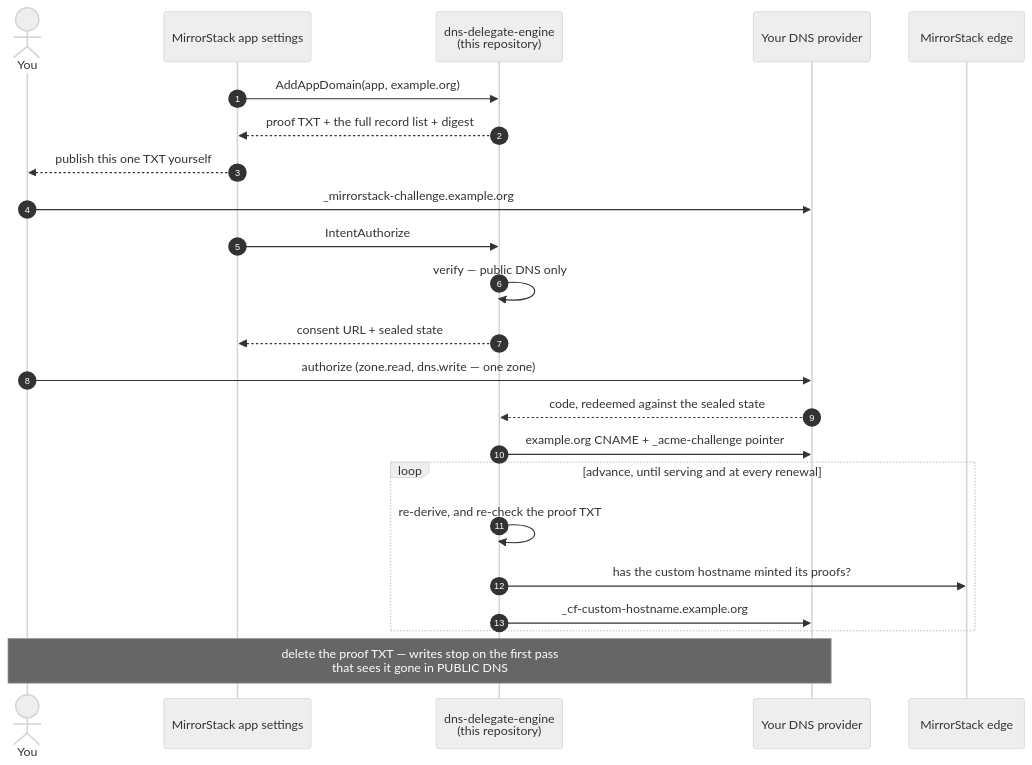
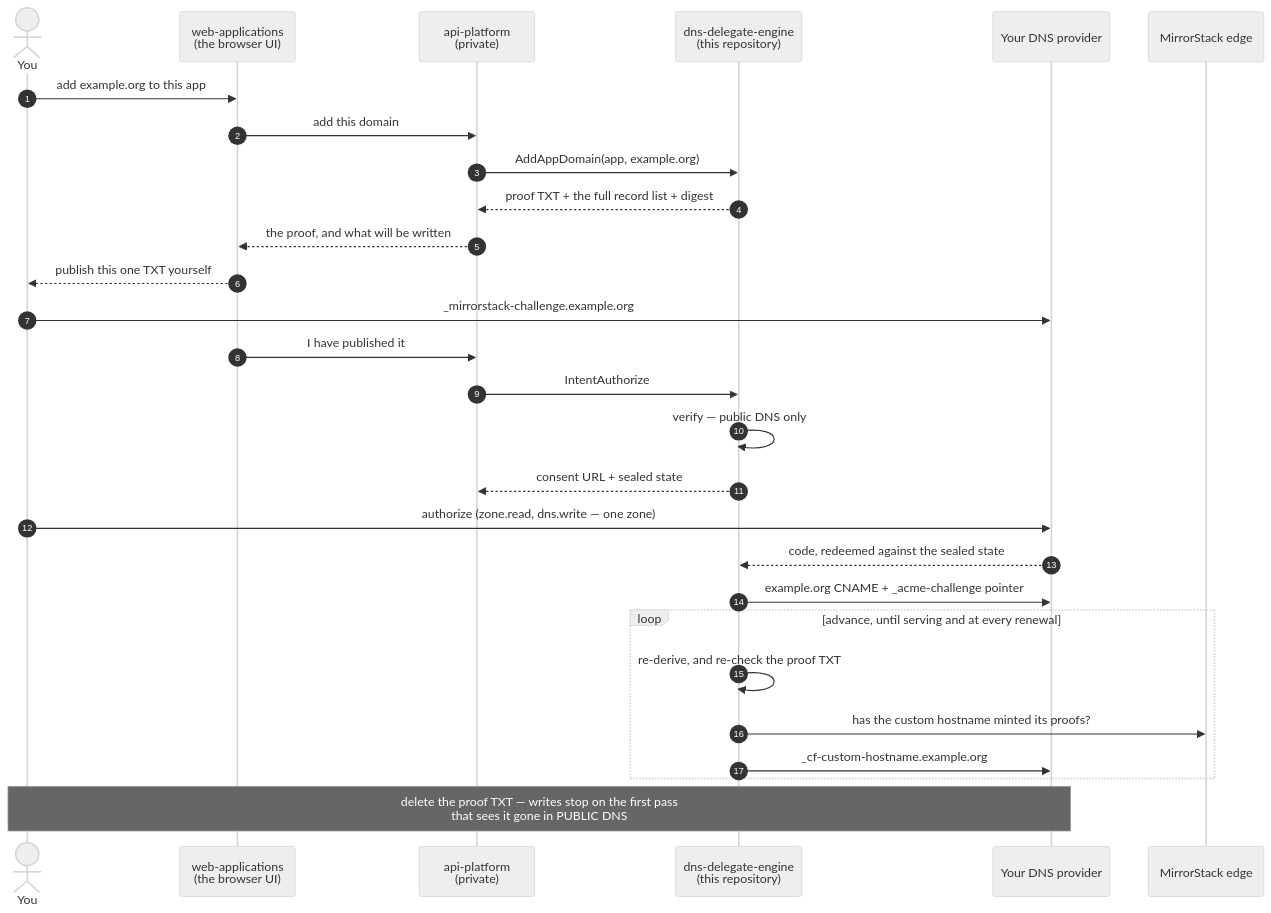
One commit to mirrorstack-ai/dns-delegate-engine changed the third of 4 diagrams in README.md. Above: the diagram before and after it, drawn with Mermaid (neutral theme). The commit also changed other lines of this file, not shown here.

````diff
--- a/README.md
+++ b/README.md
@@ -396,30 +403,35 @@
 ```mermaid
 sequenceDiagram
     autonumber
     actor You
-    participant App as MirrorStack app settings
+    participant Web as web-applications<br/>(the browser UI)
+    participant API as api-platform<br/>(private)
     participant Engine as dns-delegate-engine<br/>(this repository)
     participant CF as Your DNS provider
     participant Edge as MirrorStack edge
 
-    App->>Engine: AddAppDomain(app, example.org)
-    Engine-->>App: proof TXT + the full record list + digest
-    App-->>You: publish this one TXT yourself
+    You->>Web: add example.org to this app
+    Web->>API: add this domain
+    API->>Engine: AddAppDomain(app, example.org)
+    Engine-->>API: proof TXT + the full record list + digest
+    API-->>Web: the proof, and what will be written
+    Web-->>You: publish this one TXT yourself
 
     You->>CF: _mirrorstack-challenge.example.org
-    App->>Engine: IntentAuthorize
+    Web->>API: I have published it
+    API->>Engine: IntentAuthorize
     Engine->>Engine: verify — public DNS only
-    Engine-->>App: consent URL + sealed state
+    Engine-->>API: consent URL + sealed state
 
     You->>CF: authorize (zone.read, dns.write — one zone)
     CF-->>Engine: code, redeemed against the sealed state
     Engine->>CF: example.org CNAME + _acme-challenge pointer
 
     loop advance, until serving and at every renewal
         Engine->>Engine: re-derive, and re-check the proof TXT
         Engine->>Edge: has the custom hostname minted its proofs?
         Engine->>CF: _cf-custom-hostname.example.org
     end
 
     Note over You,CF: delete the proof TXT — writes stop on the first pass<br/>that sees it gone in PUBLIC DNS
 ```
````
